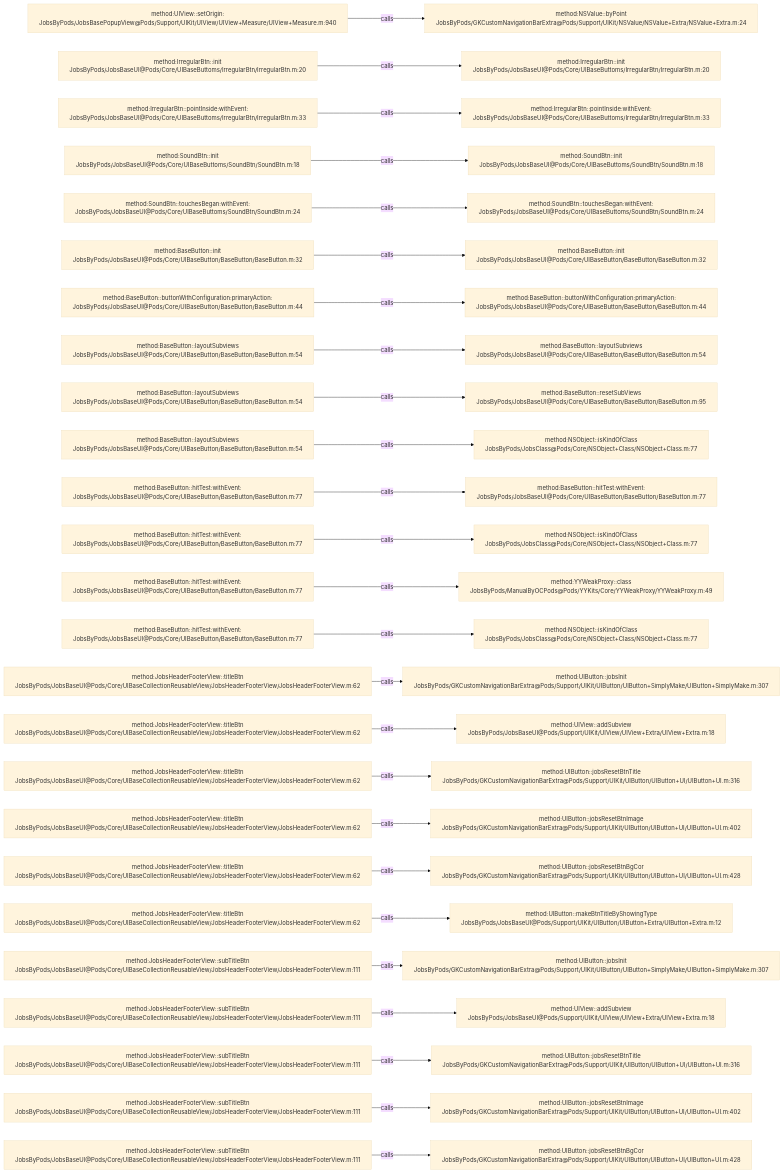
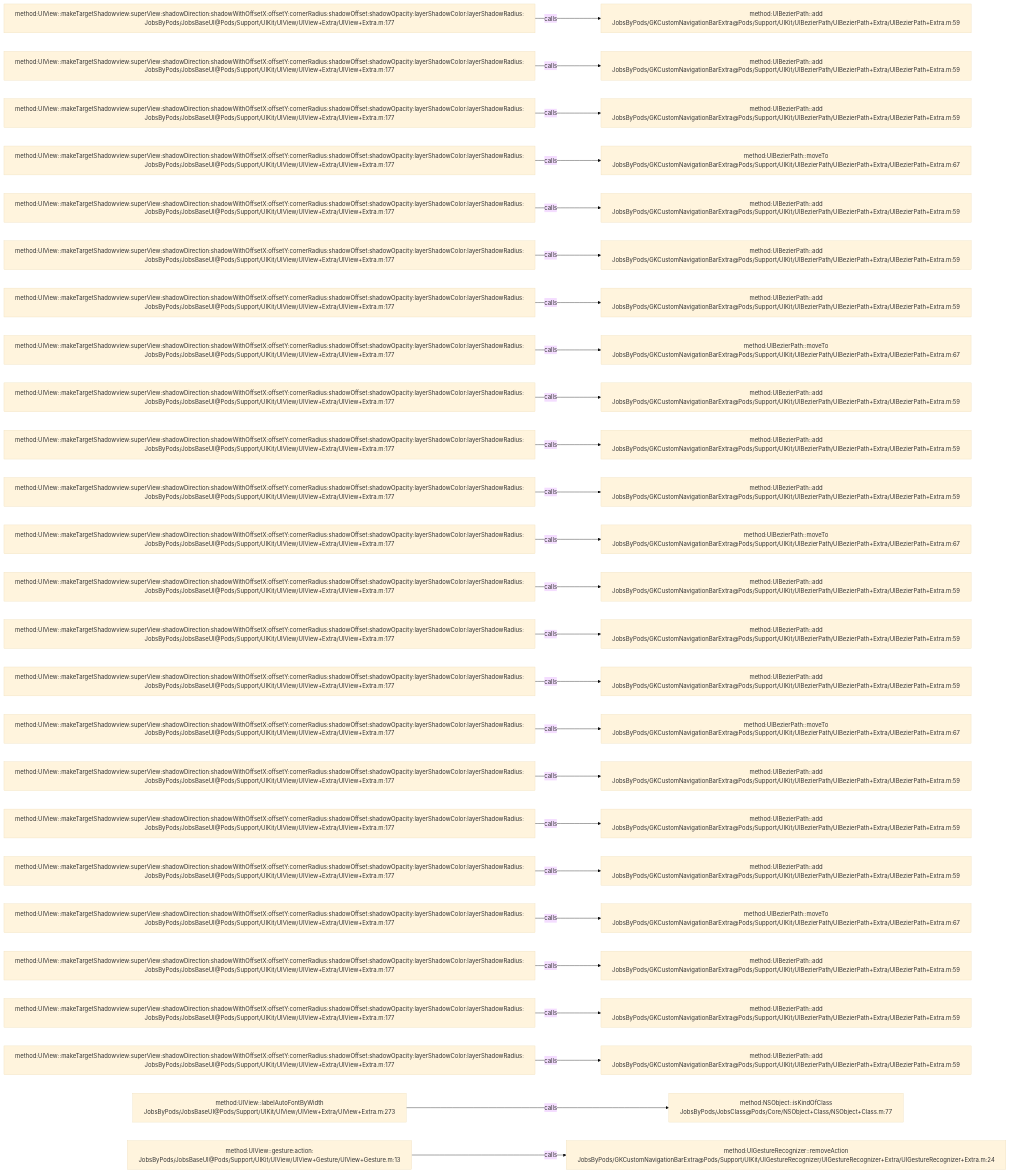
The diagram in .codegraph/codegraph.md/graphs/calls-026.md (JobsKits/JobsOCBaseConfigDemo), drawn with Mermaid (base theme) before and after one commit. The commit also changed 573 other files, not shown here.

````diff
--- a/.codegraph/codegraph.md/graphs/calls-026.md
+++ b/.codegraph/codegraph.md/graphs/calls-026.md
@@ -13,78 +13,78 @@
 ```mermaid
 flowchart LR
-  S1["method:UIView::setOrigin:<br/>JobsByPods/JobsBasePopupView@Pods/Support/UIKit/UIView/UIView+Measure/UIView+Measure.m:940"]
-  T1["method:NSValue::byPoint<br/>JobsByPods/GKCustomNavigationBarExtra@Pods/Support/UIKit/NSValue/NSValue+Extra/NSValue+Extra.m:24"]
+  S1["method:UIView::makeTargetShadowview:superView:shadowDirection:shadowWithOffsetX:offsetY:cornerRadius:shadowOffset:shadowOpacity:layerShadowColor:layerShadowRadius:<br/>JobsByPods/JobsBaseUI@Pods/Support/UIKit/UIView/UIView+Extra/UIView+Extra.m:177"]
+  T1["method:UIBezierPath::add<br/>JobsByPods/GKCustomNavigationBarExtra@Pods/Support/UIKit/UIBezierPath/UIBezierPath+Extra/UIBezierPath+Extra.m:59"]
   S1 -->|calls| T1
-  S2["method:IrregularBtn::init<br/>JobsByPods/JobsBaseUI@Pods/Core/UIBaseButtoms/IrregularBtn/IrregularBtn.m:20"]
-  T2["method:IrregularBtn::init<br/>JobsByPods/JobsBaseUI@Pods/Core/UIBaseButtoms/IrregularBtn/IrregularBtn.m:20"]
+  S2["method:UIView::makeTargetShadowview:superView:shadowDirection:shadowWithOffsetX:offsetY:cornerRadius:shadowOffset:shadowOpacity:layerShadowColor:layerShadowRadius:<br/>JobsByPods/JobsBaseUI@Pods/Support/UIKit/UIView/UIView+Extra/UIView+Extra.m:177"]
+  T2["method:UIBezierPath::add<br/>JobsByPods/GKCustomNavigationBarExtra@Pods/Support/UIKit/UIBezierPath/UIBezierPath+Extra/UIBezierPath+Extra.m:59"]
   S2 -->|calls| T2
-  S3["method:IrregularBtn::pointInside:withEvent:<br/>JobsByPods/JobsBaseUI@Pods/Core/UIBaseButtoms/IrregularBtn/IrregularBtn.m:33"]
-  T3["method:IrregularBtn::pointInside:withEvent:<br/>JobsByPods/JobsBaseUI@Pods/Core/UIBaseButtoms/IrregularBtn/IrregularBtn.m:33"]
+  S3["method:UIView::makeTargetShadowview:superView:shadowDirection:shadowWithOffsetX:offsetY:cornerRadius:shadowOffset:shadowOpacity:layerShadowColor:layerShadowRadius:<br/>JobsByPods/JobsBaseUI@Pods/Support/UIKit/UIView/UIView+Extra/UIView+Extra.m:177"]
+  T3["method:UIBezierPath::add<br/>JobsByPods/GKCustomNavigationBarExtra@Pods/Support/UIKit/UIBezierPath/UIBezierPath+Extra/UIBezierPath+Extra.m:59"]
   S3 -->|calls| T3
-  S4["method:SoundBtn::init<br/>JobsByPods/JobsBaseUI@Pods/Core/UIBaseButtoms/SoundBtn/SoundBtn.m:18"]
-  T4["method:SoundBtn::init<br/>JobsByPods/JobsBaseUI@Pods/Core/UIBaseButtoms/SoundBtn/SoundBtn.m:18"]
+  S4["method:UIView::makeTargetShadowview:superView:shadowDirection:shadowWithOffsetX:offsetY:cornerRadius:shadowOffset:shadowOpacity:layerShadowColor:layerShadowRadius:<br/>JobsByPods/JobsBaseUI@Pods/Support/UIKit/UIView/UIView+Extra/UIView+Extra.m:177"]
+  T4["method:UIBezierPath::moveTo<br/>JobsByPods/GKCustomNavigationBarExtra@Pods/Support/UIKit/UIBezierPath/UIBezierPath+Extra/UIBezierPath+Extra.m:67"]
   S4 -->|calls| T4
-  S5["method:SoundBtn::touchesBegan:withEvent:<br/>JobsByPods/JobsBaseUI@Pods/Core/UIBaseButtoms/SoundBtn/SoundBtn.m:24"]
-  T5["method:SoundBtn::touchesBegan:withEvent:<br/>JobsByPods/JobsBaseUI@Pods/Core/UIBaseButtoms/SoundBtn/SoundBtn.m:24"]
+  S5["method:UIView::makeTargetShadowview:superView:shadowDirection:shadowWithOffsetX:offsetY:cornerRadius:shadowOffset:shadowOpacity:layerShadowColor:layerShadowRadius:<br/>JobsByPods/JobsBaseUI@Pods/Support/UIKit/UIView/UIView+Extra/UIView+Extra.m:177"]
+  T5["method:UIBezierPath::add<br/>JobsByPods/GKCustomNavigationBarExtra@Pods/Support/UIKit/UIBezierPath/UIBezierPath+Extra/UIBezierPath+Extra.m:59"]
   S5 -->|calls| T5
-  S6["method:BaseButton::init<br/>JobsByPods/JobsBaseUI@Pods/Core/UIBaseButton/BaseButton/BaseButton.m:32"]
-  T6["method:BaseButton::init<br/>JobsByPods/JobsBaseUI@Pods/Core/UIBaseButton/BaseButton/BaseButton.m:32"]
+  S6["method:UIView::makeTargetShadowview:superView:shadowDirection:shadowWithOffsetX:offsetY:cornerRadius:shadowOffset:shadowOpacity:layerShadowColor:layerShadowRadius:<br/>JobsByPods/JobsBaseUI@Pods/Support/UIKit/UIView/UIView+Extra/UIView+Extra.m:177"]
+  T6["method:UIBezierPath::add<br/>JobsByPods/GKCustomNavigationBarExtra@Pods/Support/UIKit/UIBezierPath/UIBezierPath+Extra/UIBezierPath+Extra.m:59"]
   S6 -->|calls| T6
-  S7["method:BaseButton::buttonWithConfiguration:primaryAction:<br/>JobsByPods/JobsBaseUI@Pods/Core/UIBaseButton/BaseButton/BaseButton.m:44"]
-  T7["method:BaseButton::buttonWithConfiguration:primaryAction:<br/>JobsByPods/JobsBaseUI@Pods/Core/UIBaseButton/BaseButton/BaseButton.m:44"]
+  S7["method:UIView::makeTargetShadowview:superView:shadowDirection:shadowWithOffsetX:offsetY:cornerRadius:shadowOffset:shadowOpacity:layerShadowColor:layerShadowRadius:<br/>JobsByPods/JobsBaseUI@Pods/Support/UIKit/UIView/UIView+Extra/UIView+Extra.m:177"]
+  T7["method:UIBezierPath::add<br/>JobsByPods/GKCustomNavigationBarExtra@Pods/Support/UIKit/UIBezierPath/UIBezierPath+Extra/UIBezierPath+Extra.m:59"]
   S7 -->|calls| T7
-  S8["method:BaseButton::layoutSubviews<br/>JobsByPods/JobsBaseUI@Pods/Core/UIBaseButton/BaseButton/BaseButton.m:54"]
-  T8["method:BaseButton::layoutSubviews<br/>JobsByPods/JobsBaseUI@Pods/Core/UIBaseButton/BaseButton/BaseButton.m:54"]
+  S8["method:UIView::makeTargetShadowview:superView:shadowDirection:shadowWithOffsetX:offsetY:cornerRadius:shadowOffset:shadowOpacity:layerShadowColor:layerShadowRadius:<br/>JobsByPods/JobsBaseUI@Pods/Support/UIKit/UIView/UIView+Extra/UIView+Extra.m:177"]
+  T8["method:UIBezierPath::moveTo<br/>JobsByPods/GKCustomNavigationBarExtra@Pods/Support/UIKit/UIBezierPath/UIBezierPath+Extra/UIBezierPath+Extra.m:67"]
   S8 -->|calls| T8
-  S9["method:BaseButton::layoutSubviews<br/>JobsByPods/JobsBaseUI@Pods/Core/UIBaseButton/BaseButton/BaseButton.m:54"]
-  T9["method:BaseButton::resetSubViews<br/>JobsByPods/JobsBaseUI@Pods/Core/UIBaseButton/BaseButton/BaseButton.m:95"]
+  S9["method:UIView::makeTargetShadowview:superView:shadowDirection:shadowWithOffsetX:offsetY:cornerRadius:shadowOffset:shadowOpacity:layerShadowColor:layerShadowRadius:<br/>JobsByPods/JobsBaseUI@Pods/Support/UIKit/UIView/UIView+Extra/UIView+Extra.m:177"]
+  T9["method:UIBezierPath::add<br/>JobsByPods/GKCustomNavigationBarExtra@Pods/Support/UIKit/UIBezierPath/UIBezierPath+Extra/UIBezierPath+Extra.m:59"]
   S9 -->|calls| T9
-  S10["method:BaseButton::layoutSubviews<br/>JobsByPods/JobsBaseUI@Pods/Core/UIBaseButton/BaseButton/BaseButton.m:54"]
-  T10["method:NSObject::isKindOfClass<br/>JobsByPods/JobsClass@Pods/Core/NSObject+Class/NSObject+Class.m:77"]
+  S10["method:UIView::makeTargetShadowview:superView:shadowDirection:shadowWithOffsetX:offsetY:cornerRadius:shadowOffset:shadowOpacity:layerShadowColor:layerShadowRadius:<br/>JobsByPods/JobsBaseUI@Pods/Support/UIKit/UIView/UIView+Extra/UIView+Extra.m:177"]
+  T10["method:UIBezierPath::add<br/>JobsByPods/GKCustomNavigationBarExtra@Pods/Support/UIKit/UIBezierPath/UIBezierPath+Extra/UIBezierPath+Extra.m:59"]
   S10 -->|calls| T10
-  S11["method:BaseButton::hitTest:withEvent:<br/>JobsByPods/JobsBaseUI@Pods/Core/UIBaseButton/BaseButton/BaseButton.m:77"]
-  T11["method:BaseButton::hitTest:withEvent:<br/>JobsByPods/JobsBaseUI@Pods/Core/UIBaseButton/BaseButton/BaseButton.m:77"]
+  S11["method:UIView::makeTargetShadowview:superView:shadowDirection:shadowWithOffsetX:offsetY:cornerRadius:shadowOffset:shadowOpacity:layerShadowColor:layerShadowRadius:<br/>JobsByPods/JobsBaseUI@Pods/Support/UIKit/UIView/UIView+Extra/UIView+Extra.m:177"]
+  T11["method:UIBezierPath::add<br/>JobsByPods/GKCustomNavigationBarExtra@Pods/Support/UIKit/UIBezierPath/UIBezierPath+Extra/UIBezierPath+Extra.m:59"]
   S11 -->|calls| T11
-  S12["method:BaseButton::hitTest:withEvent:<br/>JobsByPods/JobsBaseUI@Pods/Core/UIBaseButton/BaseButton/BaseButton.m:77"]
-  T12["method:NSObject::isKindOfClass<br/>JobsByPods/JobsClass@Pods/Core/NSObject+Class/NSObject+Class.m:77"]
+  S12["method:UIView::makeTargetShadowview:superView:shadowDirection:shadowWithOffsetX:offsetY:cornerRadius:shadowOffset:shadowOpacity:layerShadowColor:layerShadowRadius:<br/>JobsByPods/JobsBaseUI@Pods/Support/UIKit/UIView/UIView+Extra/UIView+Extra.m:177"]
+  T12["method:UIBezierPath::moveTo<br/>JobsByPods/GKCustomNavigationBarExtra@Pods/Support/UIKit/UIBezierPath/UIBezierPath+Extra/UIBezierPath+Extra.m:67"]
   S12 -->|calls| T12
-  S13["method:BaseButton::hitTest:withEvent:<br/>JobsByPods/JobsBaseUI@Pods/Core/UIBaseButton/BaseButton/BaseButton.m:77"]
-  T13["method:YYWeakProxy::class<br/>JobsByPods/ManualByOCPods@Pods/YYKits/Core/YYWeakProxy/YYWeakProxy.m:49"]
+  S13["method:UIView::makeTargetShadowview:superView:shadowDirection:shadowWithOffsetX:offsetY:cornerRadius:shadowOffset:shadowOpacity:layerShadowColor:layerShadowRadius:<br/>JobsByPods/JobsBaseUI@Pods/Support/UIKit/UIView/UIView+Extra/UIView+Extra.m:177"]
+  T13["method:UIBezierPath::add<br/>JobsByPods/GKCustomNavigationBarExtra@Pods/Support/UIKit/UIBezierPath/UIBezierPath+Extra/UIBezierPath+Extra.m:59"]
   S13 -->|calls| T13
-  S14["method:BaseButton::hitTest:withEvent:<br/>JobsByPods/JobsBaseUI@Pods/Core/UIBaseButton/BaseButton/BaseButton.m:77"]
-  T14["method:NSObject::isKindOfClass<br/>JobsByPods/JobsClass@Pods/Core/NSObject+Class/NSObject+Class.m:77"]
+  S14["method:UIView::makeTargetShadowview:superView:shadowDirection:shadowWithOffsetX:offsetY:cornerRadius:shadowOffset:shadowOpacity:layerShadowColor:layerShadowRadius:<br/>JobsByPods/JobsBaseUI@Pods/Support/UIKit/UIView/UIView+Extra/UIView+Extra.m:177"]
+  T14["method:UIBezierPath::add<br/>JobsByPods/GKCustomNavigationBarExtra@Pods/Support/UIKit/UIBezierPath/UIBezierPath+Extra/UIBezierPath+Extra.m:59"]
   S14 -->|calls| T14
-  S15["method:JobsHeaderFooterView::titleBtn<br/>JobsByPods/JobsBaseUI@Pods/Core/UIBaseCollectionReusableView/JobsHeaderFooterView/JobsHeaderFooterView.m:62"]
-  T15["method:UIButton::jobsInit<br/>JobsByPods/GKCustomNavigationBarExtra@Pods/Support/UIKit/UIButton/UIButton+SimplyMake/UIButton+SimplyMake.m:307"]
+  S15["method:UIView::makeTargetShadowview:superView:shadowDirection:shadowWithOffsetX:offsetY:cornerRadius:shadowOffset:shadowOpacity:layerShadowColor:layerShadowRadius:<br/>JobsByPods/JobsBaseUI@Pods/Support/UIKit/UIView/UIView+Extra/UIView+Extra.m:177"]
+  T15["method:UIBezierPath::add<br/>JobsByPods/GKCustomNavigationBarExtra@Pods/Support/UIKit/UIBezierPath/UIBezierPath+Extra/UIBezierPath+Extra.m:59"]
   S15 -->|calls| T15
-  S16["method:JobsHeaderFooterView::titleBtn<br/>JobsByPods/JobsBaseUI@Pods/Core/UIBaseCollectionReusableView/JobsHeaderFooterView/JobsHeaderFooterView.m:62"]
-  T16["method:UIView::addSubview<br/>JobsByPods/JobsBaseUI@Pods/Support/UIKit/UIView/UIView+Extra/UIView+Extra.m:18"]
+  S16["method:UIView::makeTargetShadowview:superView:shadowDirection:shadowWithOffsetX:offsetY:cornerRadius:shadowOffset:shadowOpacity:layerShadowColor:layerShadowRadius:<br/>JobsByPods/JobsBaseUI@Pods/Support/UIKit/UIView/UIView+Extra/UIView+Extra.m:177"]
+  T16["method:UIBezierPath::moveTo<br/>JobsByPods/GKCustomNavigationBarExtra@Pods/Support/UIKit/UIBezierPath/UIBezierPath+Extra/UIBezierPath+Extra.m:67"]
   S16 -->|calls| T16
-  S17["method:JobsHeaderFooterView::titleBtn<br/>JobsByPods/JobsBaseUI@Pods/Core/UIBaseCollectionReusableView/JobsHeaderFooterView/JobsHeaderFooterView.m:62"]
-  T17["method:UIButton::jobsResetBtnTitle<br/>JobsByPods/GKCustomNavigationBarExtra@Pods/Support/UIKit/UIButton/UIButton+UI/UIButton+UI.m:316"]
+  S17["method:UIView::makeTargetShadowview:superView:shadowDirection:shadowWithOffsetX:offsetY:cornerRadius:shadowOffset:shadowOpacity:layerShadowColor:layerShadowRadius:<br/>JobsByPods/JobsBaseUI@Pods/Support/UIKit/UIView/UIView+Extra/UIView+Extra.m:177"]
+  T17["method:UIBezierPath::add<br/>JobsByPods/GKCustomNavigationBarExtra@Pods/Support/UIKit/UIBezierPath/UIBezierPath+Extra/UIBezierPath+Extra.m:59"]
   S17 -->|calls| T17
-  S18["method:JobsHeaderFooterView::titleBtn<br/>JobsByPods/JobsBaseUI@Pods/Core/UIBaseCollectionReusableView/JobsHeaderFooterView/JobsHeaderFooterView.m:62"]
-  T18["method:UIButton::jobsResetBtnImage<br/>JobsByPods/GKCustomNavigationBarExtra@Pods/Support/UIKit/UIButton/UIButton+UI/UIButton+UI.m:402"]
+  S18["method:UIView::makeTargetShadowview:superView:shadowDirection:shadowWithOffsetX:offsetY:cornerRadius:shadowOffset:shadowOpacity:layerShadowColor:layerShadowRadius:<br/>JobsByPods/JobsBaseUI@Pods/Support/UIKit/UIView/UIView+Extra/UIView+Extra.m:177"]
+  T18["method:UIBezierPath::add<br/>JobsByPods/GKCustomNavigationBarExtra@Pods/Support/UIKit/UIBezierPath/UIBezierPath+Extra/UIBezierPath+Extra.m:59"]
   S18 -->|calls| T18
-  S19["method:JobsHeaderFooterView::titleBtn<br/>JobsByPods/JobsBaseUI@Pods/Core/UIBaseCollectionReusableView/JobsHeaderFooterView/JobsHeaderFooterView.m:62"]
-  T19["method:UIButton::jobsResetBtnBgCor<br/>JobsByPods/GKCustomNavigationBarExtra@Pods/Support/UIKit/UIButton/UIButton+UI/UIButton+UI.m:428"]
+  S19["method:UIView::makeTargetShadowview:superView:shadowDirection:shadowWithOffsetX:offsetY:cornerRadius:shadowOffset:shadowOpacity:layerShadowColor:layerShadowRadius:<br/>JobsByPods/JobsBaseUI@Pods/Support/UIKit/UIView/UIView+Extra/UIView+Extra.m:177"]
+  T19["method:UIBezierPath::add<br/>JobsByPods/GKCustomNavigationBarExtra@Pods/Support/UIKit/UIBezierPath/UIBezierPath+Extra/UIBezierPath+Extra.m:59"]
   S19 -->|calls| T19
-  S20["method:JobsHeaderFooterView::titleBtn<br/>JobsByPods/JobsBaseUI@Pods/Core/UIBaseCollectionReusableView/JobsHeaderFooterView/JobsHeaderFooterView.m:62"]
-  T20["method:UIButton::makeBtnTitleByShowingType<br/>JobsByPods/JobsBaseUI@Pods/Support/UIKit/UIButton/UIButton+Extra/UIButton+Extra.m:12"]
+  S20["method:UIView::makeTargetShadowview:superView:shadowDirection:shadowWithOffsetX:offsetY:cornerRadius:shadowOffset:shadowOpacity:layerShadowColor:layerShadowRadius:<br/>JobsByPods/JobsBaseUI@Pods/Support/UIKit/UIView/UIView+Extra/UIView+Extra.m:177"]
+  T20["method:UIBezierPath::moveTo<br/>JobsByPods/GKCustomNavigationBarExtra@Pods/Support/UIKit/UIBezierPath/UIBezierPath+Extra/UIBezierPath+Extra.m:67"]
   S20 -->|calls| T20
-  S21["method:JobsHeaderFooterView::subTitleBtn<br/>JobsByPods/JobsBaseUI@Pods/Core/UIBaseCollectionReusableView/JobsHeaderFooterView/JobsHeaderFooterView.m:111"]
-  T21["method:UIButton::jobsInit<br/>JobsByPods/GKCustomNavigationBarExtra@Pods/Support/UIKit/UIButton/UIButton+SimplyMake/UIButton+SimplyMake.m:307"]
+  S21["method:UIView::makeTargetShadowview:superView:shadowDirection:shadowWithOffsetX:offsetY:cornerRadius:shadowOffset:shadowOpacity:layerShadowColor:layerShadowRadius:<br/>JobsByPods/JobsBaseUI@Pods/Support/UIKit/UIView/UIView+Extra/UIView+Extra.m:177"]
+  T21["method:UIBezierPath::add<br/>JobsByPods/GKCustomNavigationBarExtra@Pods/Support/UIKit/UIBezierPath/UIBezierPath+Extra/UIBezierPath+Extra.m:59"]
   S21 -->|calls| T21
-  S22["method:JobsHeaderFooterView::subTitleBtn<br/>JobsByPods/JobsBaseUI@Pods/Core/UIBaseCollectionReusableView/JobsHeaderFooterView/JobsHeaderFooterView.m:111"]
-  T22["method:UIView::addSubview<br/>JobsByPods/JobsBaseUI@Pods/Support/UIKit/UIView/UIView+Extra/UIView+Extra.m:18"]
+  S22["method:UIView::makeTargetShadowview:superView:shadowDirection:shadowWithOffsetX:offsetY:cornerRadius:shadowOffset:shadowOpacity:layerShadowColor:layerShadowRadius:<br/>JobsByPods/JobsBaseUI@Pods/Support/UIKit/UIView/UIView+Extra/UIView+Extra.m:177"]
+  T22["method:UIBezierPath::add<br/>JobsByPods/GKCustomNavigationBarExtra@Pods/Support/UIKit/UIBezierPath/UIBezierPath+Extra/UIBezierPath+Extra.m:59"]
   S22 -->|calls| T22
-  S23["method:JobsHeaderFooterView::subTitleBtn<br/>JobsByPods/JobsBaseUI@Pods/Core/UIBaseCollectionReusableView/JobsHeaderFooterView/JobsHeaderFooterView.m:111"]
-  T23["method:UIButton::jobsResetBtnTitle<br/>JobsByPods/GKCustomNavigationBarExtra@Pods/Support/UIKit/UIButton/UIButton+UI/UIButton+UI.m:316"]
+  S23["method:UIView::makeTargetShadowview:superView:shadowDirection:shadowWithOffsetX:offsetY:cornerRadius:shadowOffset:shadowOpacity:layerShadowColor:layerShadowRadius:<br/>JobsByPods/JobsBaseUI@Pods/Support/UIKit/UIView/UIView+Extra/UIView+Extra.m:177"]
+  T23["method:UIBezierPath::add<br/>JobsByPods/GKCustomNavigationBarExtra@Pods/Support/UIKit/UIBezierPath/UIBezierPath+Extra/UIBezierPath+Extra.m:59"]
   S23 -->|calls| T23
-  S24["method:JobsHeaderFooterView::subTitleBtn<br/>JobsByPods/JobsBaseUI@Pods/Core/UIBaseCollectionReusableView/JobsHeaderFooterView/JobsHeaderFooterView.m:111"]
-  T24["method:UIButton::jobsResetBtnImage<br/>JobsByPods/GKCustomNavigationBarExtra@Pods/Support/UIKit/UIButton/UIButton+UI/UIButton+UI.m:402"]
+  S24["method:UIView::labelAutoFontByWidth<br/>JobsByPods/JobsBaseUI@Pods/Support/UIKit/UIView/UIView+Extra/UIView+Extra.m:273"]
+  T24["method:NSObject::isKindOfClass<br/>JobsByPods/JobsClass@Pods/Core/NSObject+Class/NSObject+Class.m:77"]
   S24 -->|calls| T24
-  S25["method:JobsHeaderFooterView::subTitleBtn<br/>JobsByPods/JobsBaseUI@Pods/Core/UIBaseCollectionReusableView/JobsHeaderFooterView/JobsHeaderFooterView.m:111"]
-  T25["method:UIButton::jobsResetBtnBgCor<br/>JobsByPods/GKCustomNavigationBarExtra@Pods/Support/UIKit/UIButton/UIButton+UI/UIButton+UI.m:428"]
+  S25["method:UIView::gesture:action:<br/>JobsByPods/JobsBaseUI@Pods/Support/UIKit/UIView/UIView+Gesture/UIView+Gesture.m:13"]
+  T25["method:UIGestureRecognizer::removeAction<br/>JobsByPods/GKCustomNavigationBarExtra@Pods/Support/UIKit/UIGestureRecognizer/UIGestureRecognizer+Extra/UIGestureRecognizer+Extra.m:24"]
   S25 -->|calls| T25
 ```
````
